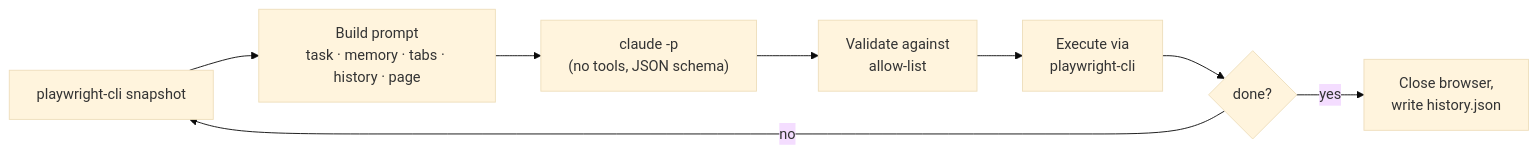
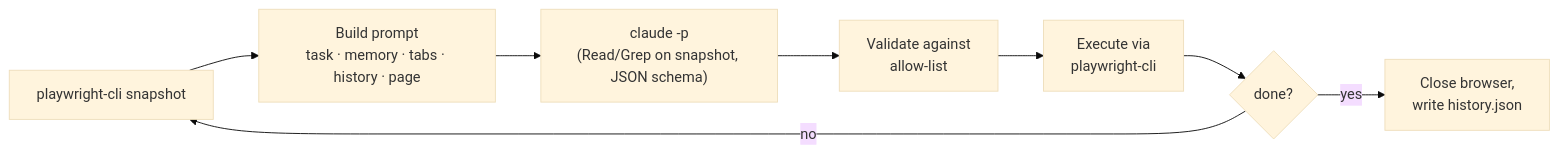
The diagram in README.md (locle97/duckwright), drawn with Mermaid (base theme) before and after one commit. The commit also changed other lines of this file and 6 other files, not shown here.

First line of the commit message:
feat: grep the page snapshot by default; --full-snapshot restores pasting

````diff
--- a/README.md
+++ b/README.md
@@ -266,10 +269,10 @@
 ```mermaid
 flowchart LR
     A[playwright-cli snapshot] --> B[Build prompt<br/>task · memory · tabs · history · page]
-    B --> C["claude -p<br/>(no tools, JSON schema)"]
+    B --> C["claude -p<br/>(Read/Grep on snapshot, JSON schema)"]
     C --> D[Validate against<br/>allow-list]
     D --> E[Execute via<br/>playwright-cli]
     E --> F{done?}
     F -- no --> A
     F -- yes --> G[Close browser,<br/>write history.json]
 ```
````
